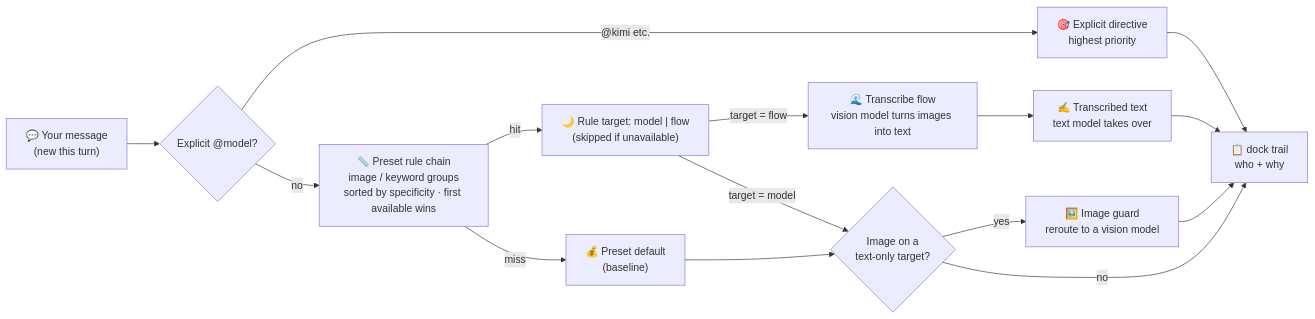
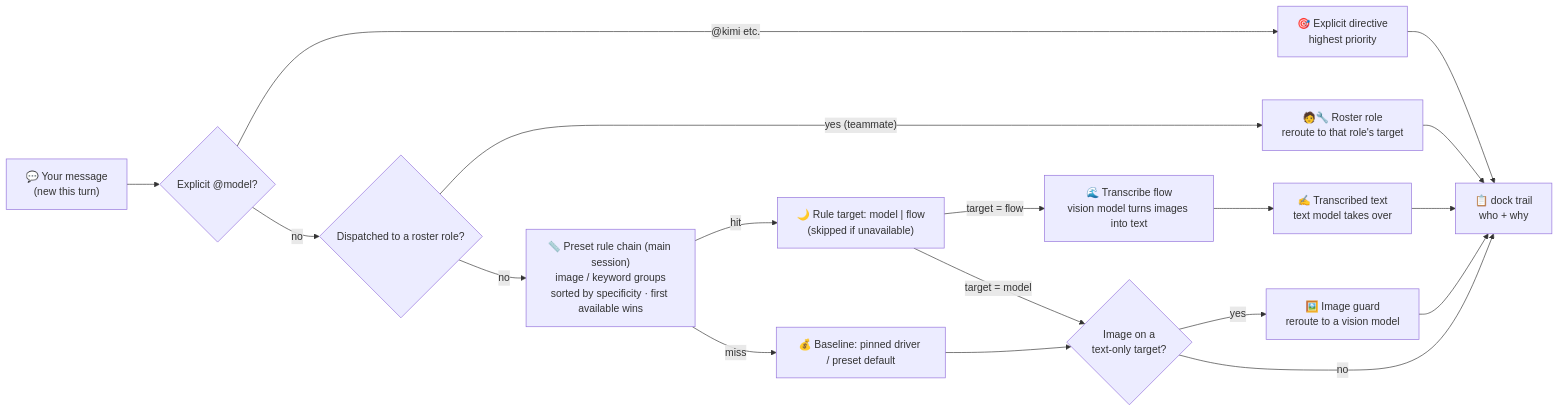
One commit to tafcear/kimi-tide changed the diagram in README.en.md. Above: the diagram before and after it, drawn with Mermaid. The commit also changed other lines of this file and 7 other files, not shown here.

````diff
--- a/README.en.md
+++ b/README.en.md
@@ -61,17 +63,20 @@
 ```mermaid
 flowchart LR
     A["💬 Your message<br>(new this turn)"] --> B{"Explicit @model?"}
     B -- "@kimi etc." --> H["🎯 Explicit directive<br>highest priority"]
-    B -- no --> C["📏 Preset rule chain<br>image / keyword groups<br>sorted by specificity · first available wins"]
+    B -- no --> R{"Dispatched to a roster role?"}
+    R -- "yes (teammate)" --> S["🧑🔧 Roster role<br>reroute to that role's target"]
+    R -- no --> C["📏 Preset rule chain (main session)<br>image / keyword groups<br>sorted by specificity · first available wins"]
     C -- hit --> D["🌙 Rule target: model | flow<br>(skipped if unavailable)"]
-    C -- miss --> E["💰 Preset default<br>(baseline)"]
+    C -- miss --> E["💰 Baseline: pinned driver / preset default"]
     H --> J
+    S --> J
     D -- "target = flow" --> T["🌊 Transcribe flow<br>vision model turns images into text"]
     D -- "target = model" --> F
     E --> F{"Image on a<br>text-only target?"}
     T --> K["✍️ Transcribed text<br>text model takes over"]
     F -- yes --> G["🖼️ Image guard<br>reroute to a vision model"]
     F -- no --> J["📋 dock trail<br>who + why"]
     G --> J
     K --> J
 ```
````
